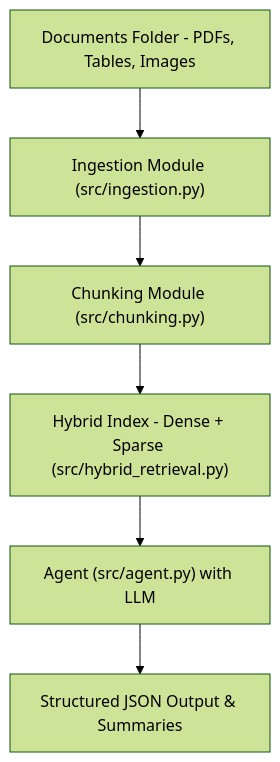
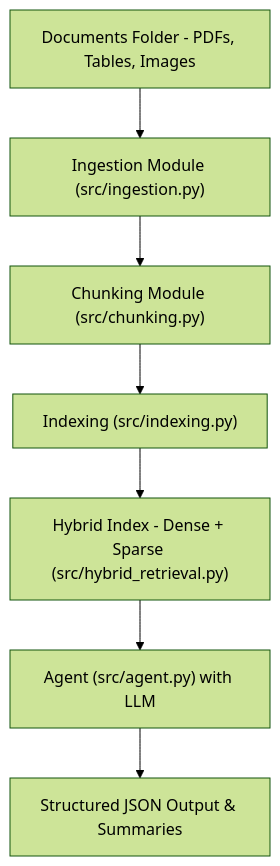
Before and after one commit to Seryabiz/RAY_AI_CASE_STUDY: the diagram in README.md, drawn with Mermaid (forest theme).

Commit message:
Structure

````diff
--- a/README.md
+++ b/README.md
@@ -12,8 +12,9 @@
 ```mermaid
 flowchart TD
     A["Documents Folder - PDFs, Tables, Images"] --> B["Ingestion Module (src/ingestion.py)"]
     B --> C["Chunking Module (src/chunking.py)"]
-    C --> D["Hybrid Index - Dense + Sparse (src/hybrid_retrieval.py)"]
-    D --> E["Agent (src/agent.py) with LLM"]
-    E --> F["Structured JSON Output & Summaries"]
+    C --> D["Indexing (src/indexing.py)"]
+    D --> E["Hybrid Index - Dense + Sparse (src/hybrid_retrieval.py)"]
+    E --> F["Agent (src/agent.py) with LLM"]
+    F --> G["Structured JSON Output & Summaries"]
 ```
````
